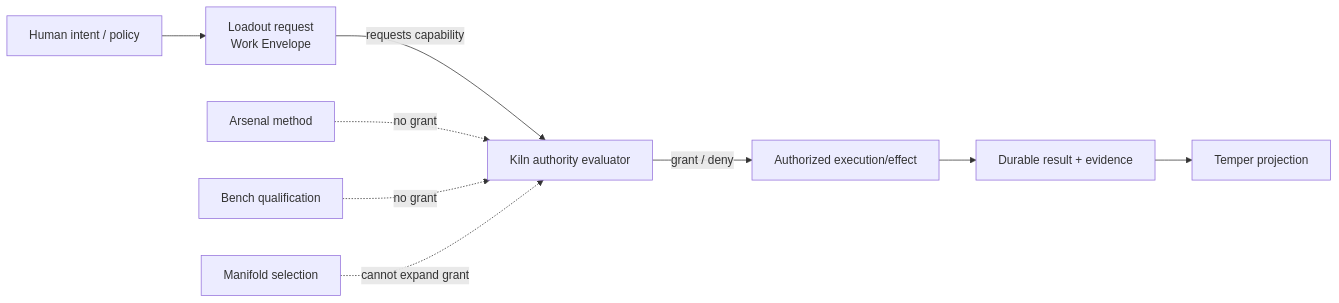
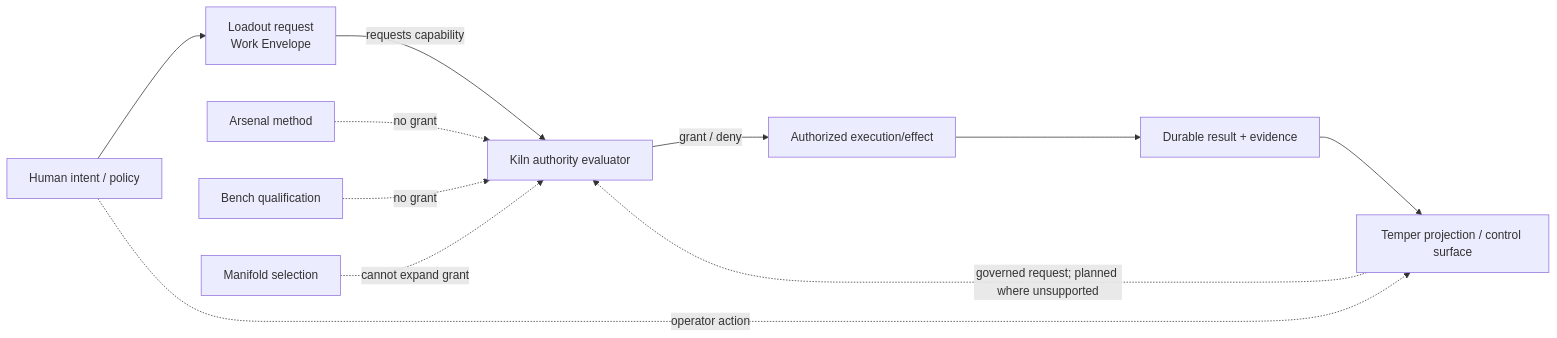
The diagram in docs/architecture/authority-flow.md (jenksed/invariant-system), drawn with Mermaid before and after one commit. The commit also changed other lines of this file and 21 other files, not shown here.

Commit message:
docs: align process, traceability, and workbench roadmap

````diff
--- a/docs/architecture/authority-flow.md
+++ b/docs/architecture/authority-flow.md
@@ -17,19 +17,22 @@
 ```mermaid
 flowchart LR
     H[Human intent / policy]
     L[Loadout request\nWork Envelope]
     K[Kiln authority evaluator]
     E[Authorized execution/effect]
     R[Durable result + evidence]
-    T[Temper projection]
+    T[Temper projection / control surface]
 
     H --> L
     L -->|requests capability| K
     K -->|grant / deny| E
     E --> R
     R --> T
 
+    H -. operator action .-> T
+    T -. governed request; planned where unsupported .-> K
+
     A[Arsenal method] -. no grant .-> K
     B[Bench qualification] -. no grant .-> K
     M[Manifold selection] -. cannot expand grant .-> K
 ```
````
